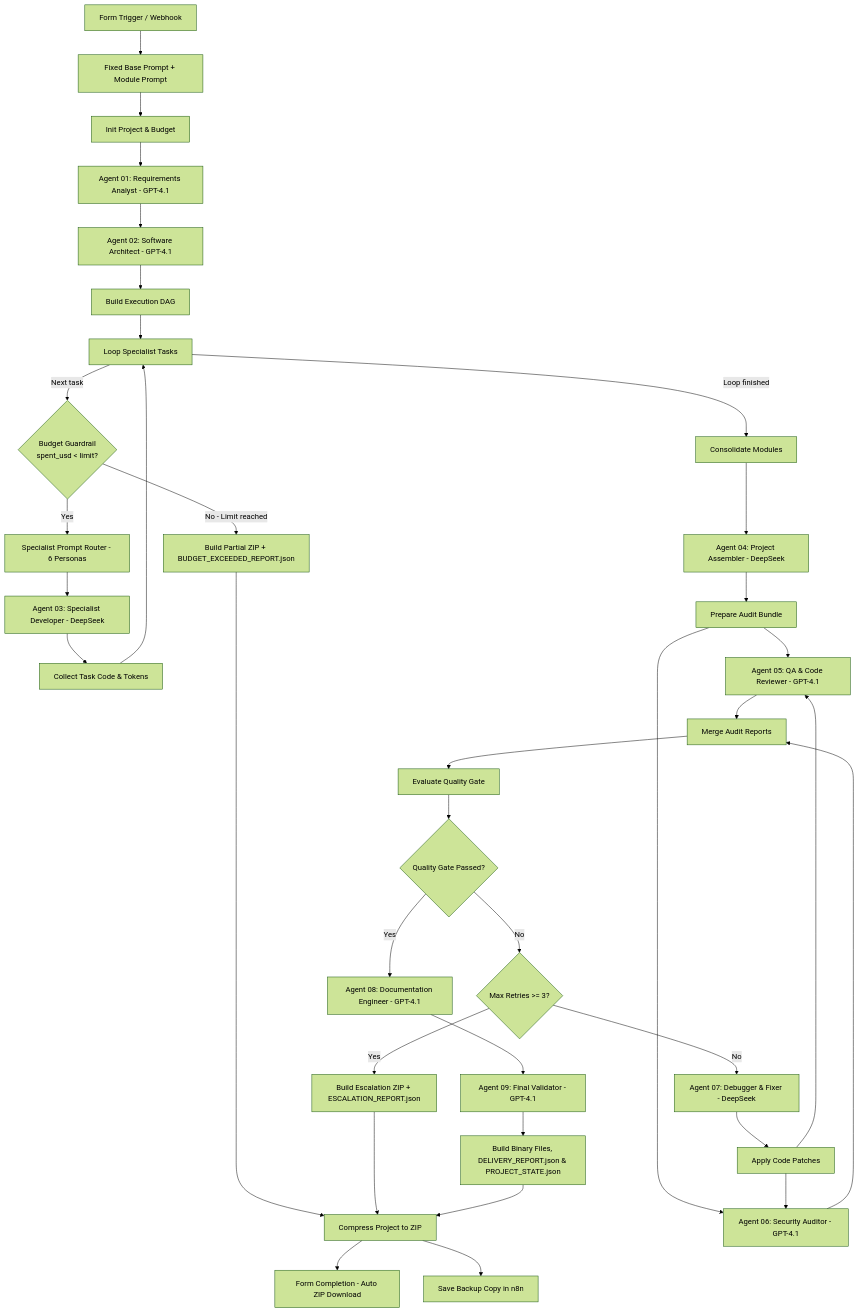
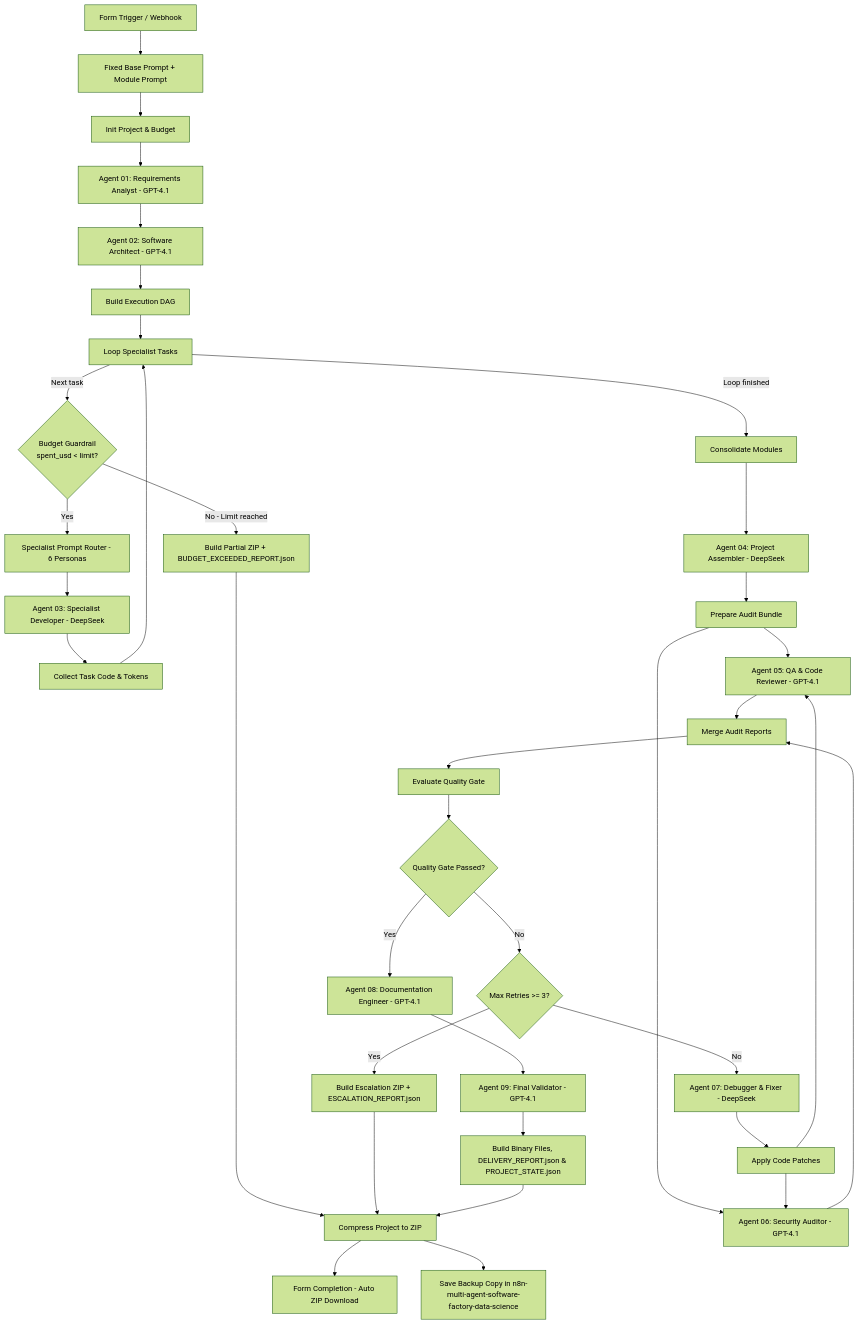
One commit to YohanVallier/n8n-multi-agent-software-factory-data-science changed the diagram in README.md. Above: the diagram before and after it, drawn with Mermaid (forest theme). The commit also changed other lines of this file, not shown here.

Commit message:
Rename project to n8n-multi-agent-software-factory-data-science

````diff
--- a/README.md
+++ b/README.md
@@ -57,46 +57,46 @@
 ```mermaid
 flowchart TD
     A[Form Trigger / Webhook] --> B[Fixed Base Prompt + Module Prompt]
     B --> C[Init Project & Budget]
     C --> D[Agent 01: Requirements Analyst - GPT-4.1]
     D --> E[Agent 02: Software Architect - GPT-4.1]
     E --> F[Build Execution DAG]
     F --> G[Loop Specialist Tasks]
 
     G -->|Next task| H{Budget Guardrail<br/>spent_usd < limit?}
     H -->|Yes| I[Specialist Prompt Router - 6 Personas]
     I --> J[Agent 03: Specialist Developer - DeepSeek]
     J --> K[Collect Task Code & Tokens]
     K --> G
 
     H -->|No - Limit reached| BP[Build Partial ZIP + BUDGET_EXCEEDED_REPORT.json]
     BP --> ZIP[Compress Project to ZIP]
 
     G -->|Loop finished| L[Consolidate Modules]
     L --> M[Agent 04: Project Assembler - DeepSeek]
     M --> N[Prepare Audit Bundle]
 
     N --> O1[Agent 05: QA & Code Reviewer - GPT-4.1]
     N --> O2[Agent 06: Security Auditor - GPT-4.1]
     O1 --> P[Merge Audit Reports]
     O2 --> P
     P --> Q[Evaluate Quality Gate]
     Q --> R{Quality Gate Passed?}
 
     R -->|No| S{Max Retries >= 3?}
     S -->|No| T[Agent 07: Debugger & Fixer - DeepSeek]
     T --> U[Apply Code Patches]
     U --> O1
     U --> O2
 
     S -->|Yes| ESC[Build Escalation ZIP + ESCALATION_REPORT.json]
     ESC --> ZIP
 
     R -->|Yes| V[Agent 08: Documentation Engineer - GPT-4.1]
     V --> W[Agent 09: Final Validator - GPT-4.1]
     W --> X[Build Binary Files, DELIVERY_REPORT.json & PROJECT_STATE.json]
     X --> ZIP
 
     ZIP --> OUT1[Form Completion - Auto ZIP Download]
-    ZIP --> OUT2[Save Backup Copy in n8n]
+    ZIP --> OUT2[Save Backup Copy in n8n-multi-agent-software-factory-data-science]
 ```
````
